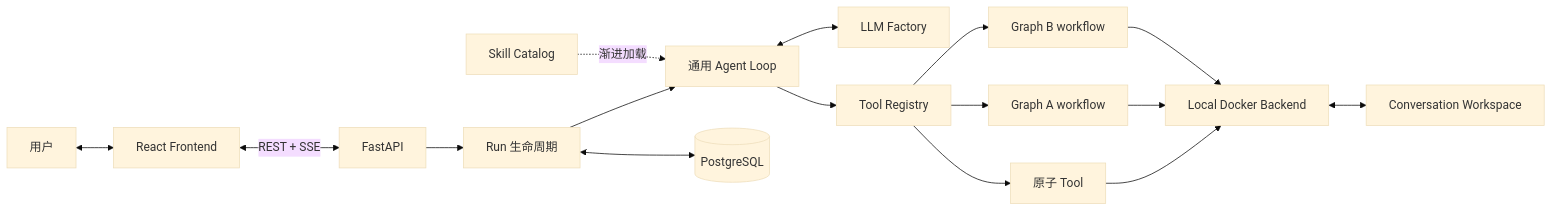
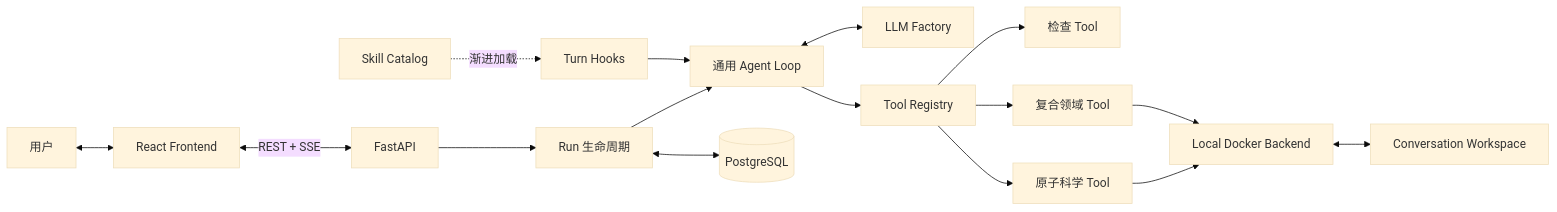
Before and after one commit to parkavenue9639/OmniCell-Agent: the diagram in README.md, drawn with Mermaid (base theme). The commit also changed other lines of this file and 160 other files, not shown here.

````diff
--- a/README.md
+++ b/README.md
@@ -26,18 +30,18 @@
 ```mermaid
 flowchart LR
     User["用户"] <--> Web["React Frontend"]
     Web <-->|"REST + SSE"| API["FastAPI"]
     API --> Run["Run 生命周期"]
     Run --> Loop["通用 Agent Loop"]
     Loop <--> LLM["LLM Factory"]
-    Skills["Skill Catalog"] -. "渐进加载" .-> Loop
+    Hooks["Turn Hooks"] --> Loop
+    Skills["Skill Catalog"] -. "渐进加载" .-> Hooks
     Loop --> Tools["Tool Registry"]
-    Tools --> Atomic["原子 Tool"]
-    Tools --> GraphA["Graph A workflow"]
-    Tools --> GraphB["Graph B workflow"]
+    Tools --> Inspect["检查 Tool"]
+    Tools --> Atomic["原子科学 Tool"]
+    Tools --> Composite["复合领域 Tool"]
     Atomic --> Docker["Local Docker Backend"]
-    GraphA --> Docker
-    GraphB --> Docker
+    Composite --> Docker
     Run <--> PG[("PostgreSQL")]
     Docker <--> Workspace["Conversation Workspace"]
 ```
````
